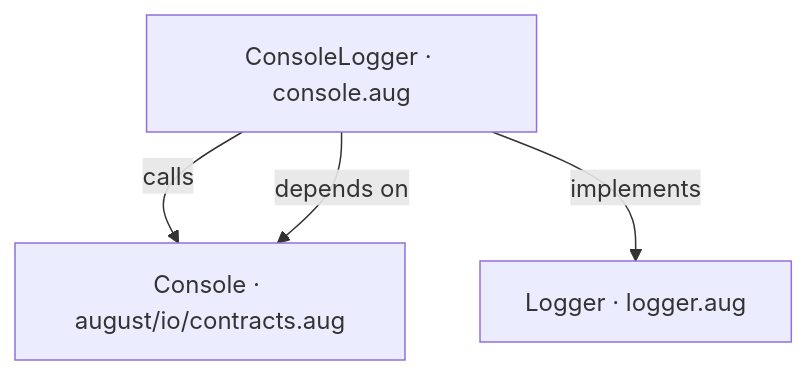
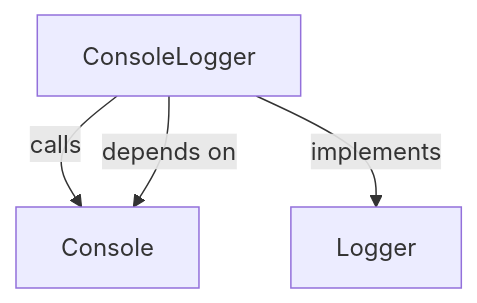
One commit to GreenPandaStudios/augscript changed the first of 3 diagrams in docs/examples/new-syntax/console-diagrams.md. Above: the diagram before and after it, drawn with Mermaid. The commit also changed other lines of this file and 524 other files, not shown here.

Commit message:
Explain checked data flow at folder and service levels

````diff
--- a/docs/examples/new-syntax/console-diagrams.md
+++ b/docs/examples/new-syntax/console-diagrams.md
@@ -19,9 +19,9 @@
 ```mermaid
 flowchart TD
-    n0["Console · august/io/contracts.aug"]
-    n1["ConsoleLogger · console.aug"]
-    n2["Logger · logger.aug"]
+    n0["Console"]
+    n1["ConsoleLogger"]
+    n2["Logger"]
     n1 -->|"calls"| n0
     n1 -->|"depends on"| n0
     n1 -->|"implements"| n2
 ```
````
